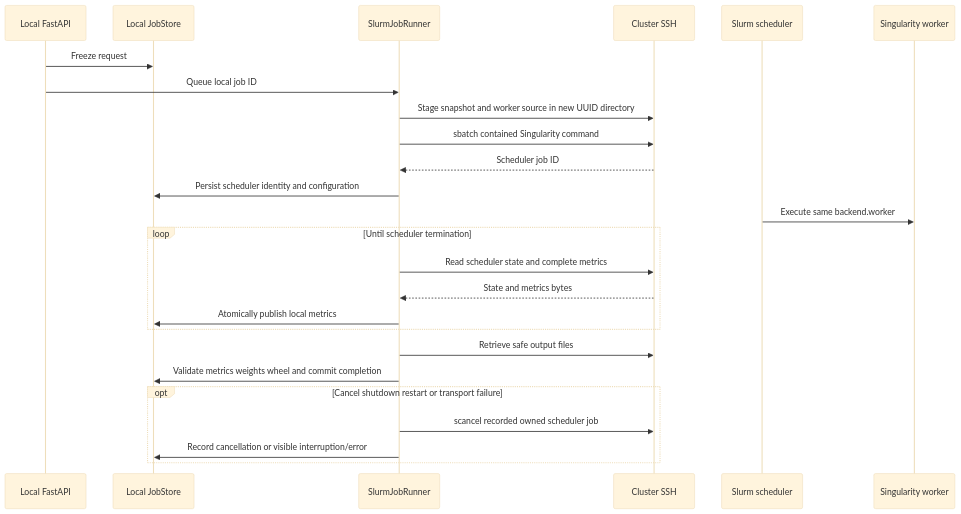
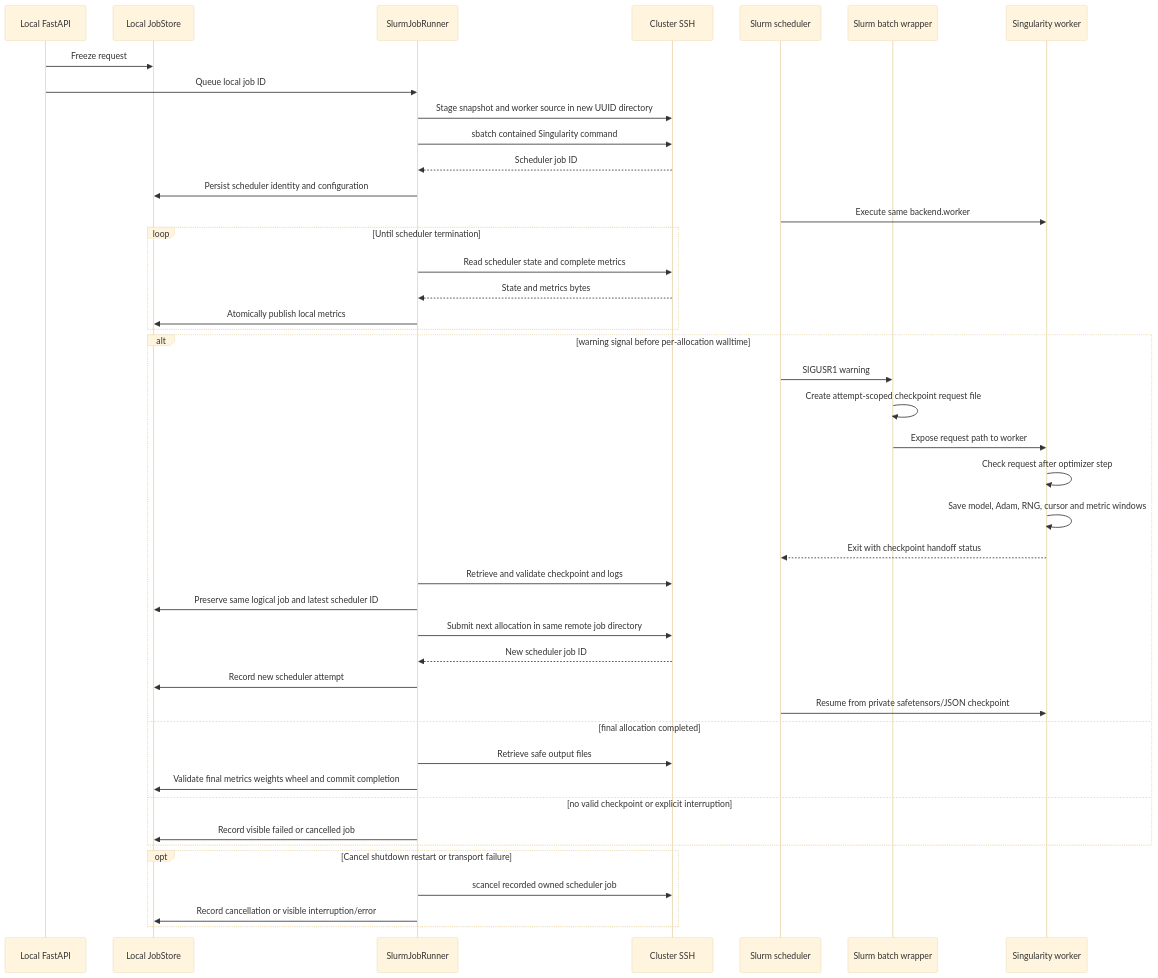
Before and after one commit to LucaSforza/nnmodelling-ui: the sixth of 6 diagrams in docs/knowledge/uml/sequences/backend-training.md, drawn with Mermaid (base theme). The commit also changed other lines of this file and 10 other files, not shown here.

Commit message:
feat(slurm): checkpoint and resume walltime-limited jobs

````diff
--- a/docs/knowledge/uml/sequences/backend-training.md
+++ b/docs/knowledge/uml/sequences/backend-training.md
@@ -226,27 +226,45 @@
 ```mermaid
 sequenceDiagram
     participant API as Local FastAPI
     participant Store as Local JobStore
     participant Runner as SlurmJobRunner
     participant SSH as Cluster SSH
     participant Slurm as Slurm scheduler
+    participant Batch as Slurm batch wrapper
     participant SIF as Singularity worker
     API->>Store: Freeze request
     API->>Runner: Queue local job ID
     Runner->>SSH: Stage snapshot and worker source in new UUID directory
     Runner->>SSH: sbatch contained Singularity command
     SSH-->>Runner: Scheduler job ID
     Runner->>Store: Persist scheduler identity and configuration
     Slurm->>SIF: Execute same backend.worker
     loop Until scheduler termination
         Runner->>SSH: Read scheduler state and complete metrics
         SSH-->>Runner: State and metrics bytes
         Runner->>Store: Atomically publish local metrics
     end
-    Runner->>SSH: Retrieve safe output files
-    Runner->>Store: Validate metrics weights wheel and commit completion
+    alt warning signal before per-allocation walltime
+        Slurm->>Batch: SIGUSR1 warning
+        Batch->>Batch: Create attempt-scoped checkpoint request file
+        Batch->>SIF: Expose request path to worker
+        SIF->>SIF: Check request after optimizer step
+        SIF->>SIF: Save model, Adam, RNG, cursor and metric windows
+        SIF-->>Slurm: Exit with checkpoint handoff status
+        Runner->>SSH: Retrieve and validate checkpoint and logs
+        Runner->>Store: Preserve same logical job and latest scheduler ID
+        Runner->>SSH: Submit next allocation in same remote job directory
+        SSH-->>Runner: New scheduler job ID
+        Runner->>Store: Record new scheduler attempt
+        Slurm->>SIF: Resume from private safetensors/JSON checkpoint
+    else final allocation completed
+        Runner->>SSH: Retrieve safe output files
+        Runner->>Store: Validate final metrics weights wheel and commit completion
+    else no valid checkpoint or explicit interruption
+        Runner->>Store: Record visible failed or cancelled job
+    end
     opt Cancel shutdown restart or transport failure
         Runner->>SSH: scancel recorded owned scheduler job
         Runner->>Store: Record cancellation or visible interruption/error
     end
 ```
````
